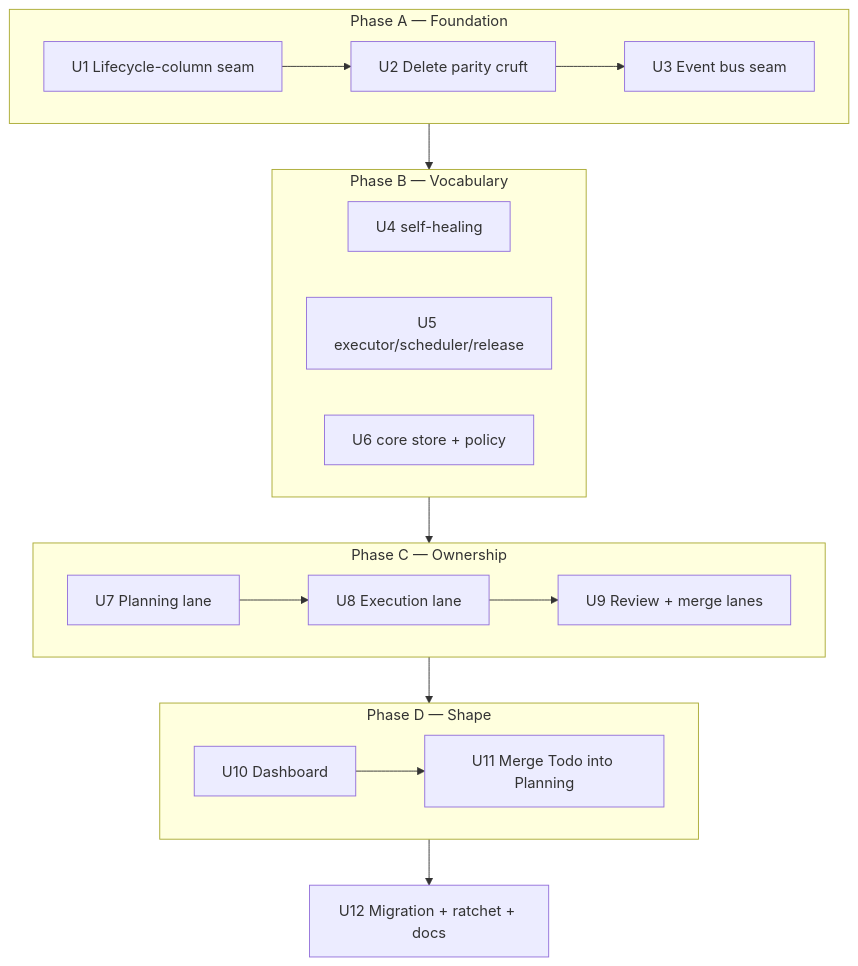
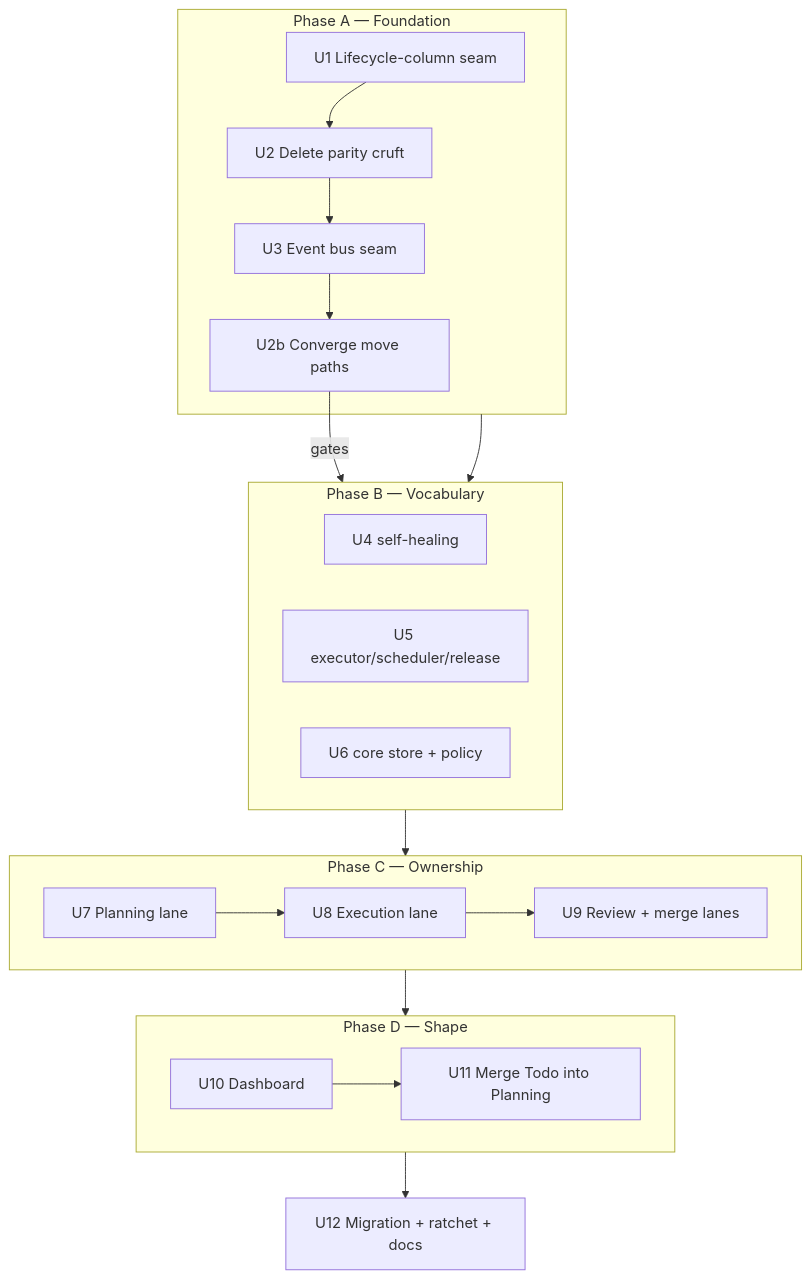
The third of 3 diagrams in docs/plans/2026-07-26-001-refactor-workflow-owned-lifecycle-plan.md (Appsolino/Fusion), drawn with Mermaid before and after one commit. The commit also changed other lines of this file, not shown here.

First line of the commit message:
docs: correct KTD-6 — the "flag-off" move path is live, the hooks path is dead (#2466)

````diff
--- a/docs/plans/2026-07-26-001-refactor-workflow-owned-lifecycle-plan.md
+++ b/docs/plans/2026-07-26-001-refactor-workflow-owned-lifecycle-plan.md
@@ -185,17 +204,19 @@
 ```mermaid
 flowchart TD
     subgraph A["Phase A — Foundation"]
         U1[U1 Lifecycle-column seam] --> U2[U2 Delete parity cruft]
         U2 --> U3[U3 Event bus seam]
+        U3 --> U2b[U2b Converge move paths]
     end
     subgraph B["Phase B — Vocabulary"]
         U4[U4 self-healing] & U5[U5 executor/scheduler/release] & U6[U6 core store + policy]
     end
     subgraph C["Phase C — Ownership"]
         U7[U7 Planning lane] --> U8[U8 Execution lane] --> U9[U9 Review + merge lanes]
     end
     subgraph D["Phase D — Shape"]
         U10[U10 Dashboard] --> U11[U11 Merge Todo into Planning]
     end
+    U2b -->|gates| B
     A --> B --> C --> D --> U12[U12 Migration + ratchet + docs]
 ```
````
